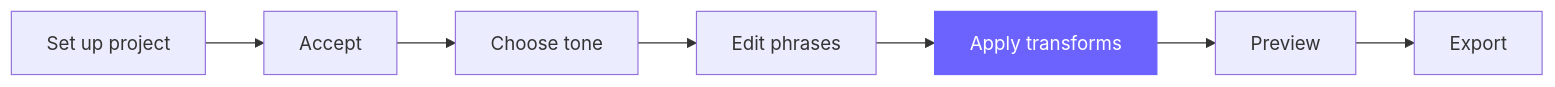
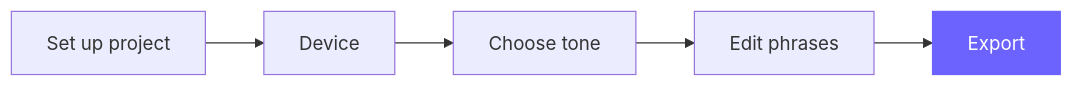
The fifth of 5 diagrams in docs/guide/_journey-map.md (liquid-releasing/funscriptforge), drawn with Mermaid before and after one commit. The commit also changed other lines of this file and 3 other files, not shown here.

First line of the commit message:
docs: update user guide, architecture, journey map, backlog

````diff
--- a/docs/guide/_journey-map.md
+++ b/docs/guide/_journey-map.md
@@ -69,10 +60,8 @@
 ```mermaid
 flowchart LR
-    A[Set up project] --> B[Accept]
+    A[Set up project] --> B[Device]
     B --> C[Choose tone]
     C --> D[Edit phrases]
-    D --> E[Apply transforms]:::here
-    E --> F[Preview]
-    F --> G[Export]
+    D --> E[Export]:::here
     classDef here fill:#6c63ff,color:#fff,stroke:#6c63ff
 ```
````
